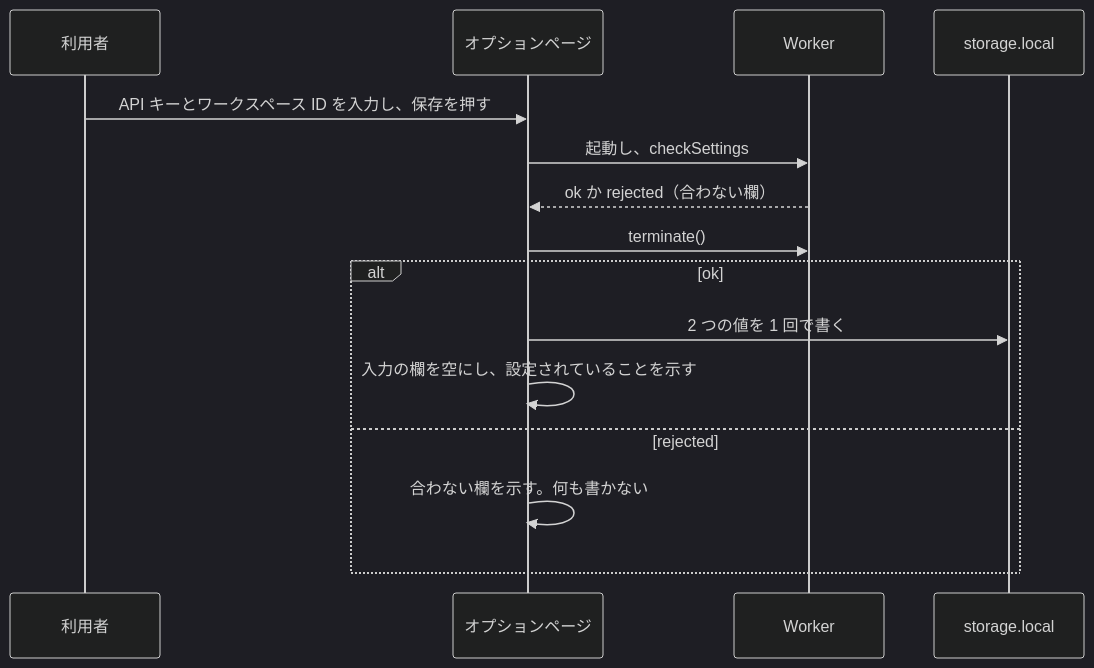
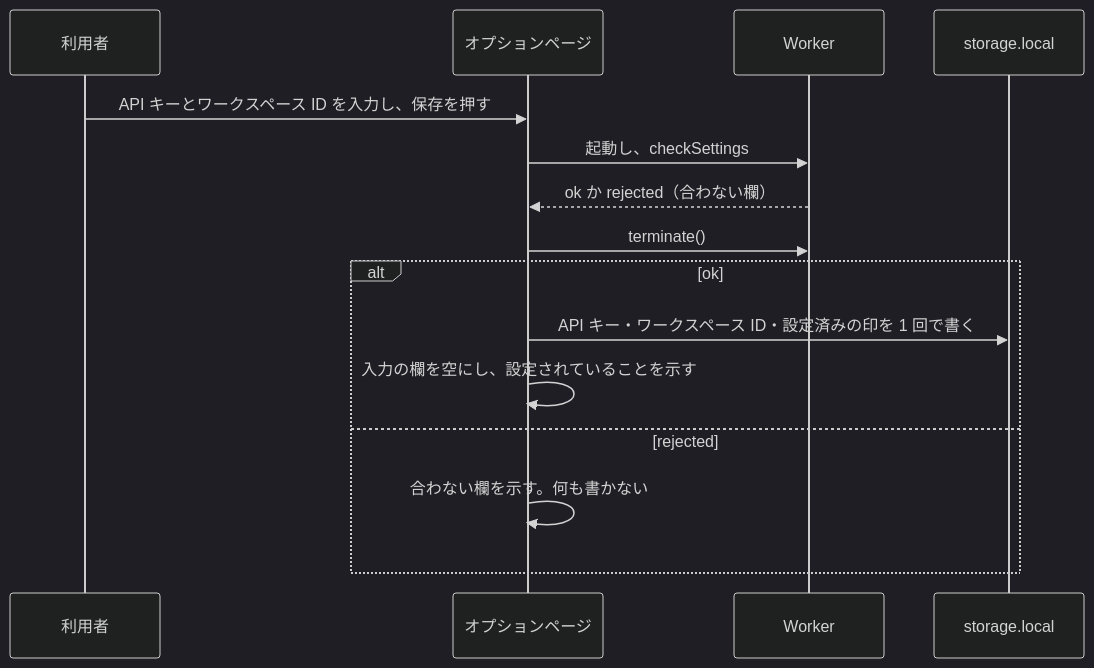
The ninth of 9 diagrams in docs/tasks/0090_extension_only_architecture/02_architecture.md (isseis/yt2column), drawn with Mermaid (dark theme) before and after one commit. The commit also changed other lines of this file and 15 other files, not shown here.

First line of the commit message:
docs(0090): apply the panel review and the prose pass to the architecture

````diff
--- a/docs/tasks/0090_extension_only_architecture/02_architecture.md
+++ b/docs/tasks/0090_extension_only_architecture/02_architecture.md
@@ -1032,18 +1247,18 @@
 ```mermaid
 sequenceDiagram
     participant U as 利用者
     participant O as オプションページ
     participant W as Worker
     participant L as storage.local
 
     U->>O: API キーとワークスペース ID を入力し、保存を押す
     O->>W: 起動し、checkSettings
     W-->>O: ok か rejected（合わない欄）
     O->>W: terminate()
     alt ok
-        O->>L: 2 つの値を 1 回で書く
+        O->>L: API キー・ワークスペース ID・設定済みの印を 1 回で書く
         O->>O: 入力の欄を空にし、設定されていることを示す
     else rejected
         O->>O: 合わない欄を示す。何も書かない
     end
 ```
````
